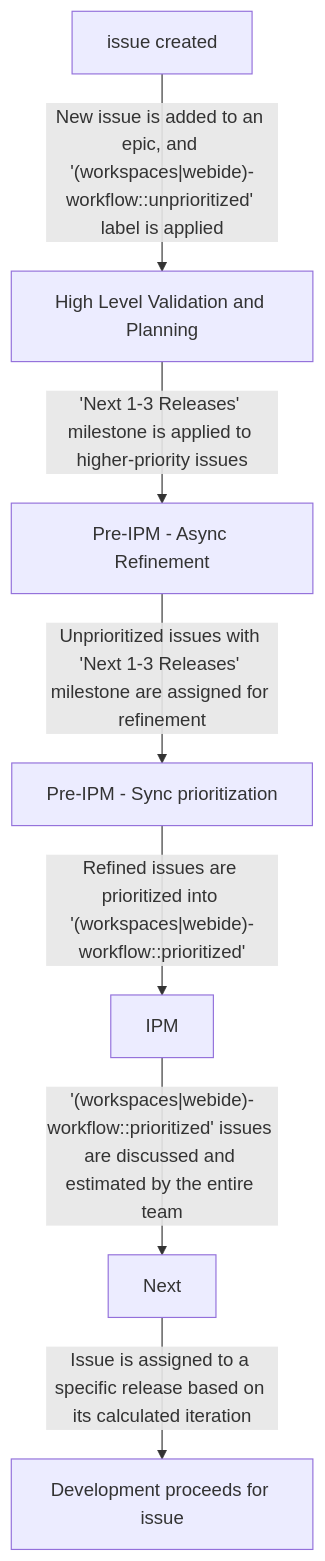
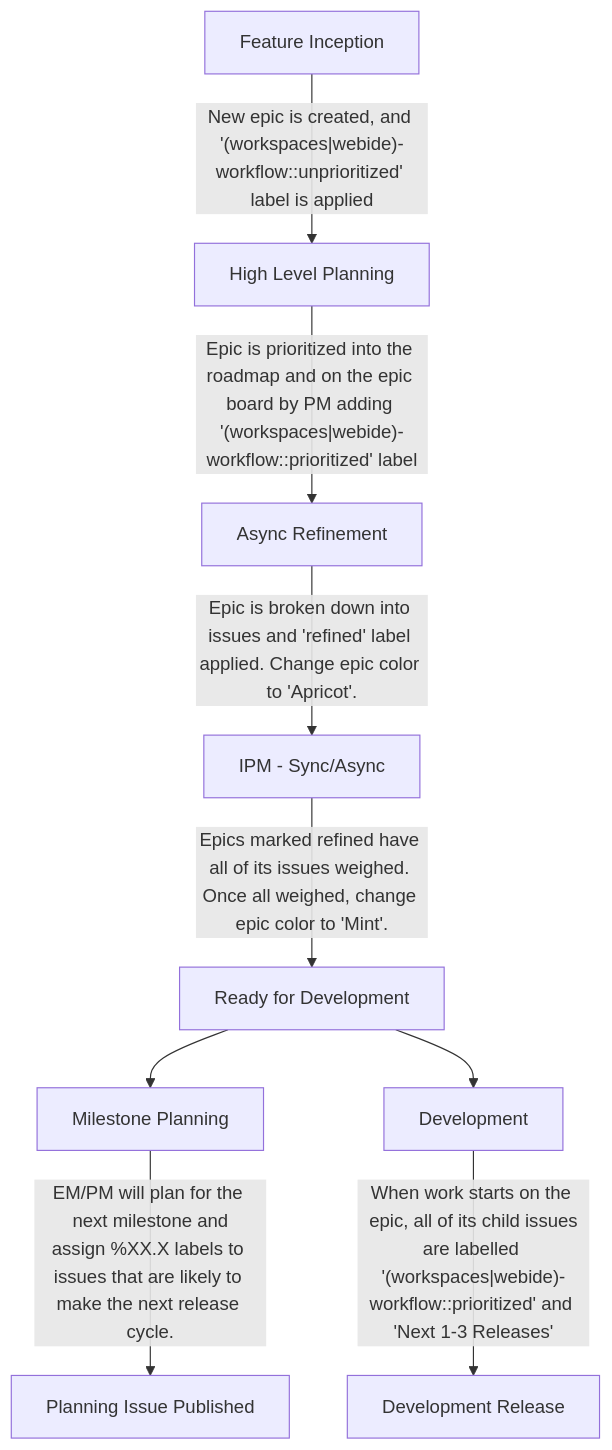
The diagram in content/handbook/engineering/development/dev/create/remote-development/_index.md (zalyoung/gitlab-handbook), drawn with Mermaid before and after one commit. The commit also changed other lines of this file, not shown here.

Commit message:
Update for remote development process documentation

````diff
--- a/content/handbook/engineering/development/dev/create/remote-development/_index.md
+++ b/content/handbook/engineering/development/dev/create/remote-development/_index.md
@@ -218,9 +218,14 @@
 ```mermaid
 graph TD;
-  S[issue created] -->|"New issue is added to an epic, and '(workspaces|webide)-workflow::unprioritized' label is applied"| V[High Level Validation and Planning]
-  V -->|"'Next 1-3 Releases' milestone is applied to higher-priority issues"| R[Pre-IPM - Async Refinement]
-  R -->|"Unprioritized issues with 'Next 1-3 Releases' milestone are assigned for refinement"| P[Pre-IPM - Sync prioritization]
-  P -->|"Refined issues are prioritized into '(workspaces|webide)-workflow::prioritized'"| I[IPM]
-  I -->|"'(workspaces|webide)-workflow::prioritized' issues are discussed and estimated by the entire team"| N[Next]
-  N -->|"Issue is assigned to a specific release based on its calculated iteration"| E[Development proceeds for issue]
+  S[Feature Inception] -->|"New epic is created, and '(workspaces|webide)-workflow::unprioritized' label is applied"| V[High Level Planning]
+  V -->|"Epic is prioritized into the roadmap and on the epic board by PM adding '(workspaces|webide)-workflow::prioritized' label "| R[Async Refinement]
+  R -->|"Epic is broken down into issues and 'refined' label applied. Change epic color to 'Apricot'."| P[IPM - Sync/Async]
+  P -->|"Epics marked refined have all of its issues weighed. Once all weighed, change epic color to 'Mint'."| I[Ready for Development]
+  
+  I --> N[Milestone Planning]
+  I --> D[Development]
+
+  N -->|"EM/PM will plan for the next milestone and\nassign %XX.X labels to issues that are likely to make the next release cycle."| E1[Planning Issue Published]
+  D -->|"When work starts on the epic, all of its child issues\nare labelled '(workspaces|webide)-workflow::prioritized' and 'Next 1-3 Releases'"| E2[Development Release]
+
 ```
````
